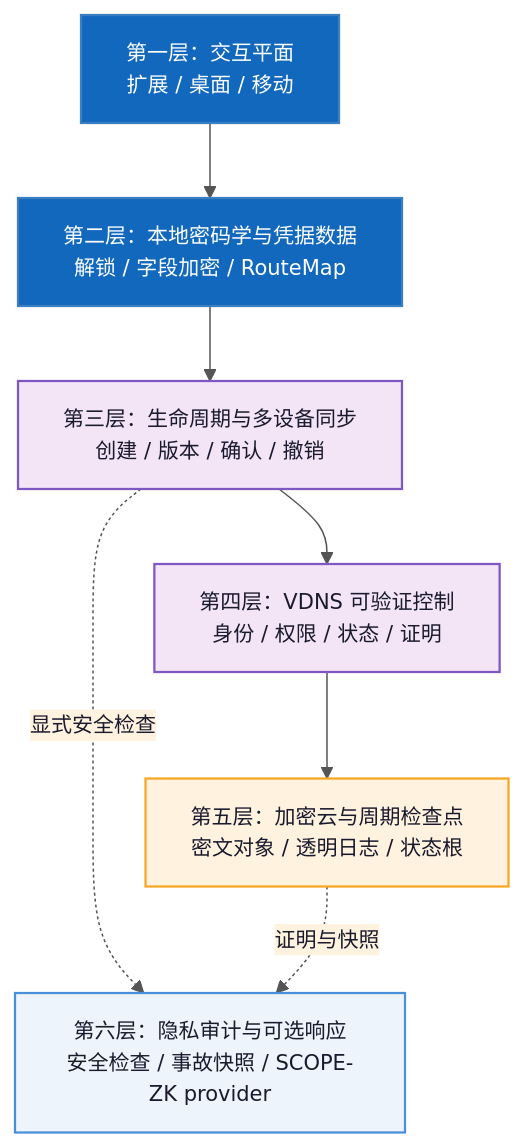
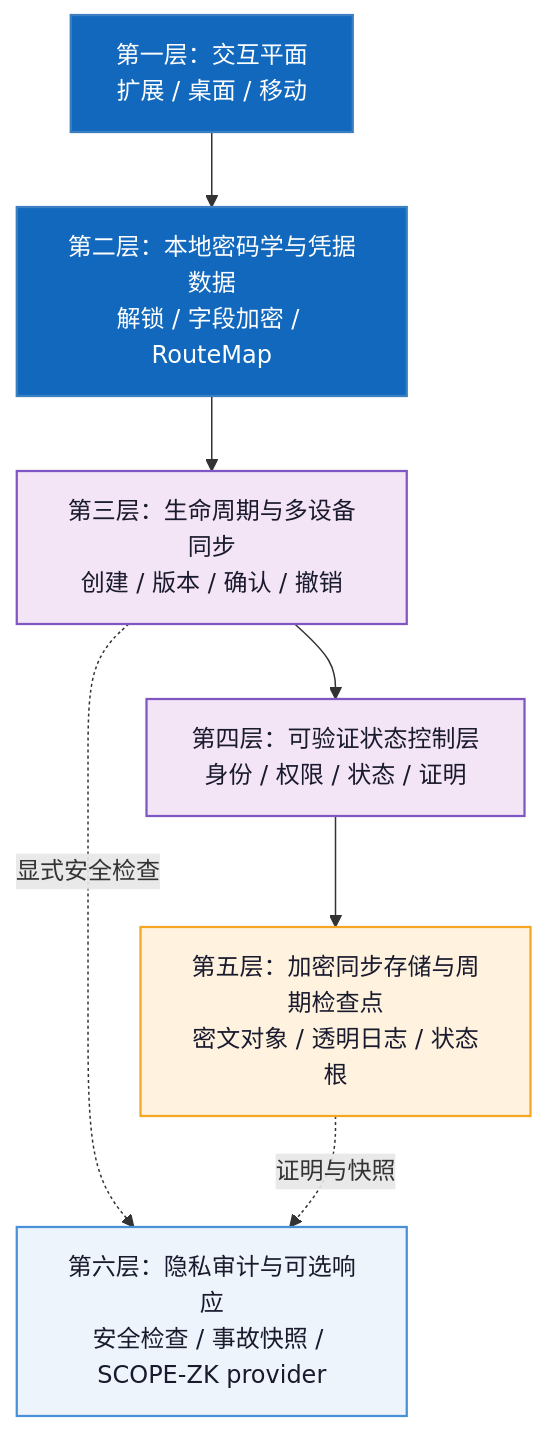
Before and after one commit to lwcyyk/biyesheji: the diagram in docs/diagrams/six-plane-architecture/source.mmd, drawn with Mermaid. The commit also changed 247 other files, not shown here.

```diff
--- a/docs/diagrams/six-plane-architecture/source.mmd
+++ b/docs/diagrams/six-plane-architecture/source.mmd
@@ -1,39 +1,21 @@
-%%{init: {
-  'theme': 'base',
-  'themeVariables': {
-    'background': '#FAFAFA',
-    'primaryColor': '#EEF4FB',
-    'primaryTextColor': '#1A1A2E',
-    'primaryBorderColor': '#4A90D9',
-    'secondaryColor': '#FFF3E0',
-    'secondaryTextColor': '#1A1A2E',
-    'secondaryBorderColor': '#F5A623',
-    'tertiaryColor': '#F3E5F5',
-    'tertiaryTextColor': '#1A1A2E',
-    'tertiaryBorderColor': '#7E57C2',
-    'lineColor': '#555555',
-    'fontFamily': 'Arial, sans-serif',
-    'fontSize': '14px'
-  }
-}}%%
 flowchart TB
   P1[第一层：交互平面<br/>扩展 / 桌面 / 移动]
   P2[第二层：本地密码学与凭据数据<br/>解锁 / 字段加密 / RouteMap]
   P3[第三层：生命周期与多设备同步<br/>创建 / 版本 / 确认 / 撤销]
-  P4[第四层：VDNS 可验证控制<br/>身份 / 权限 / 状态 / 证明]
-  P5[第五层：加密云与周期检查点<br/>密文对象 / 透明日志 / 状态根]
+  P4[第四层：可验证状态控制层<br/>身份 / 权限 / 状态 / 证明]
+  P5[第五层：加密同步存储与周期检查点<br/>密文对象 / 透明日志 / 状态根]
   P6[第六层：隐私审计与可选响应<br/>安全检查 / 事故快照 / SCOPE-ZK provider]
 
   P1 --> P2 --> P3 --> P4 --> P5
   P3 -.显式安全检查.-> P6
   P5 -.证明与快照.-> P6
 
   class P1,P2 service
   class P3,P4 control
   class P5 datastore
   class P6 optional
 
   classDef service fill:#1168BD,color:#FFFFFF,stroke:#3C7FC0,stroke-width:1.5px
   classDef control fill:#F3E5F5,color:#1A1A2E,stroke:#7E57C2,stroke-width:1.5px
   classDef datastore fill:#FFF3E0,color:#1A1A2E,stroke:#F5A623,stroke-width:1.5px
   classDef optional fill:#EEF4FB,color:#1A1A2E,stroke:#4A90D9,stroke-width:1.5px
```
